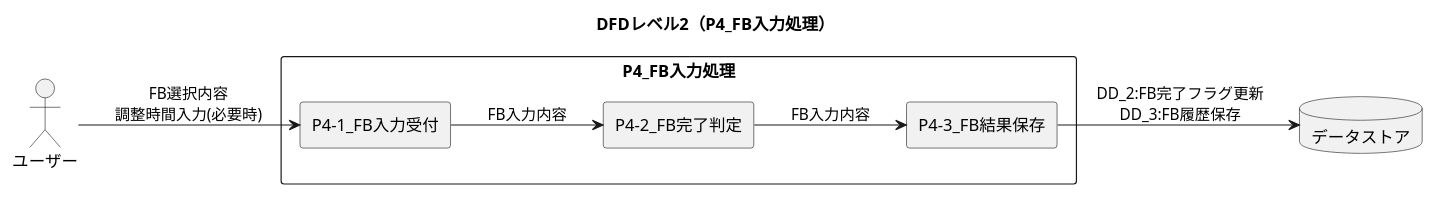
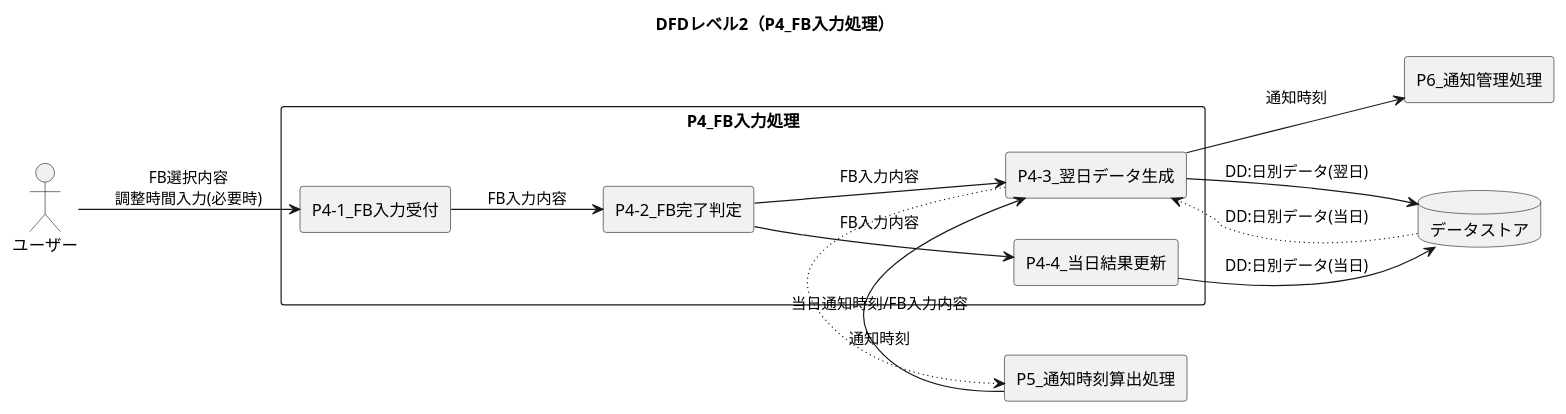
One commit to akamatrixxx/justtime changed the diagram in assets/specifications/詳細設計/DFD/DFD2_P4.pu. Above: the diagram before and after it, drawn with PlantUML. The commit also changed 8 other files, not shown here.

```diff
--- a/assets/specifications/詳細設計/DFD/DFD2_P4.pu
+++ b/assets/specifications/詳細設計/DFD/DFD2_P4.pu
@@ -1,28 +1,38 @@
 @startuml
 title DFDレベル2（P4_FB入力処理）
 
 left to right direction
 
 actor ユーザー
 database "データストア" as DB
 
 rectangle P4 as "P4_FB入力処理" {
 
   rectangle P4_1 as "P4-1_FB入力受付"
   rectangle P4_2 as "P4-2_FB完了判定"
-  rectangle P4_3 as "P4-3_FB結果保存"
+  rectangle P4_3 as "P4-3_翌日データ生成"
+  rectangle P4_4 as "P4-4_当日結果更新"
 
 }
+
+rectangle P5 as "P5_通知時刻算出処理"
+rectangle P6 as "P6_通知管理処理"
 
 ' ===== ユーザー入力 =====
 ユーザー --> P4_1 : FB選択内容\n調整時間入力(必要時)
 
 ' ===== プロセス間連携 =====
 P4_1 --> P4_2 : FB入力内容
 P4_2 --> P4_3 : FB入力内容
-
+P4_2 --> P4_4 : FB入力内容
+P4_3 -[dotted]-> P5 : 当日通知時刻/FB入力内容
+P5 -> P4_3 : 通知時刻
+P4_3 --> P6 : 通知時刻
 ' ===== データストア =====
-P4_3 --> DB : DD_2:FB完了フラグ更新\nDD_3:FB履歴保存
+P4_3 --> DB : DD:日別データ(翌日)
+P4_4 --> DB : DD:日別データ(当日)
 
 
+DB -[dotted]-> P4_3 : DD:日別データ(当日)
+
 @enduml
```
